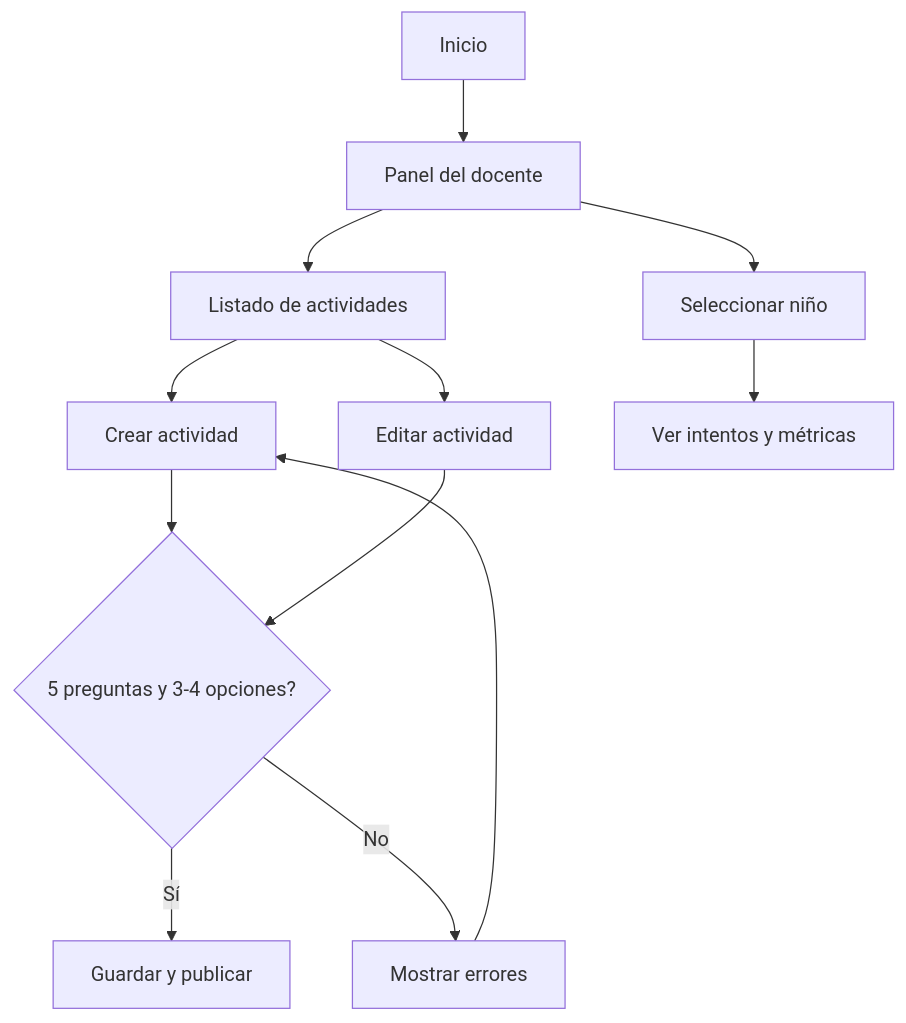
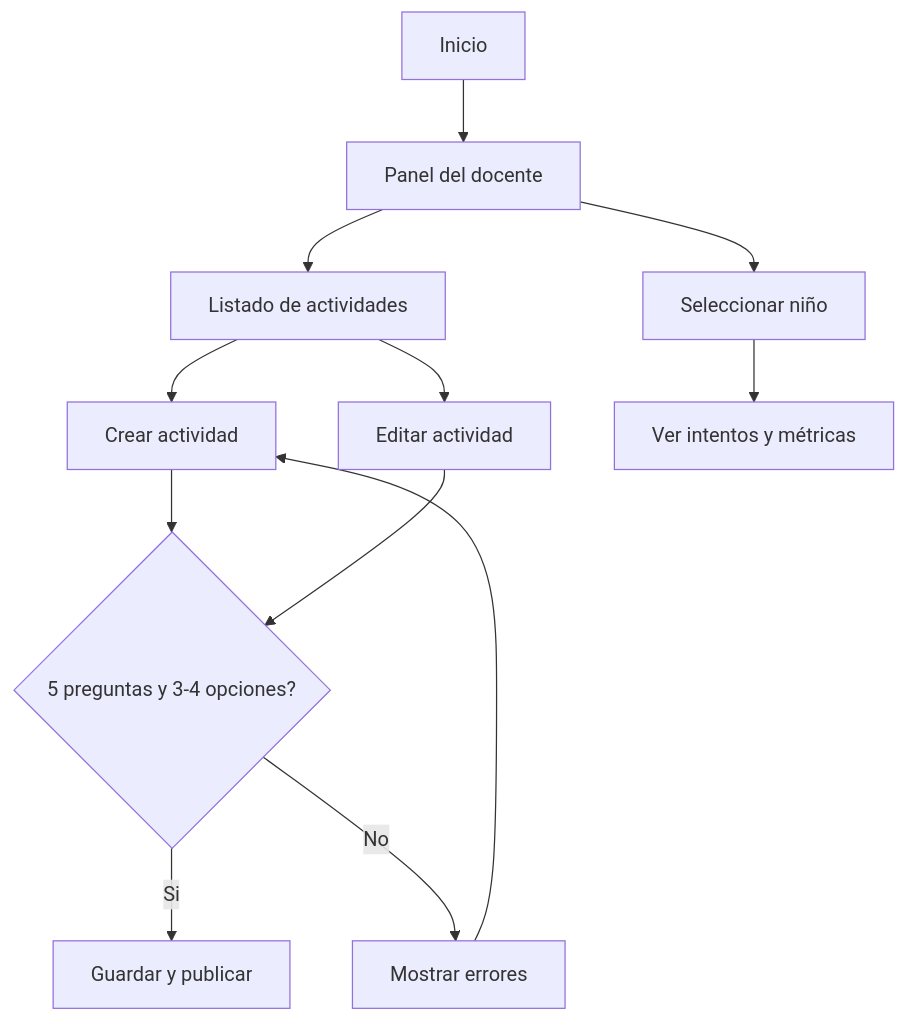
The first of 2 diagrams in specs/user-flow.md (sebx771/plataforma-ludica), drawn with Mermaid before and after one commit. The commit also changed other lines of this file and 1 other file, not shown here.

Commit message:
docs: corrige diagramas Mermaid de especificaciones

````diff
--- a/specs/user-flow.md
+++ b/specs/user-flow.md
@@ -6,14 +6,14 @@
 ```mermaid
 flowchart TD
-    A[Inicio] --> B[Panel del docente]
-    B --> C[Listado de actividades]
-    C --> D[Crear actividad]
-    C --> E[Editar actividad]
-    D --> F{5 preguntas y 3-4 opciones?}
+    A["Inicio"] --> B["Panel del docente"]
+    B --> C["Listado de actividades"]
+    C --> D["Crear actividad"]
+    C --> E["Editar actividad"]
+    D --> F{"5 preguntas y 3-4 opciones?"}
     E --> F
-    F -->|Sí| G[Guardar y publicar]
-    F -->|No| H[Mostrar errores]
+    F -->|"Si"| G["Guardar y publicar"]
+    F -->|"No"| H["Mostrar errores"]
     H --> D
-    B --> I[Seleccionar niño]
-    I --> J[Ver intentos y métricas]
+    B --> I["Seleccionar niño"]
+    I --> J["Ver intentos y métricas"]
 ```
````
